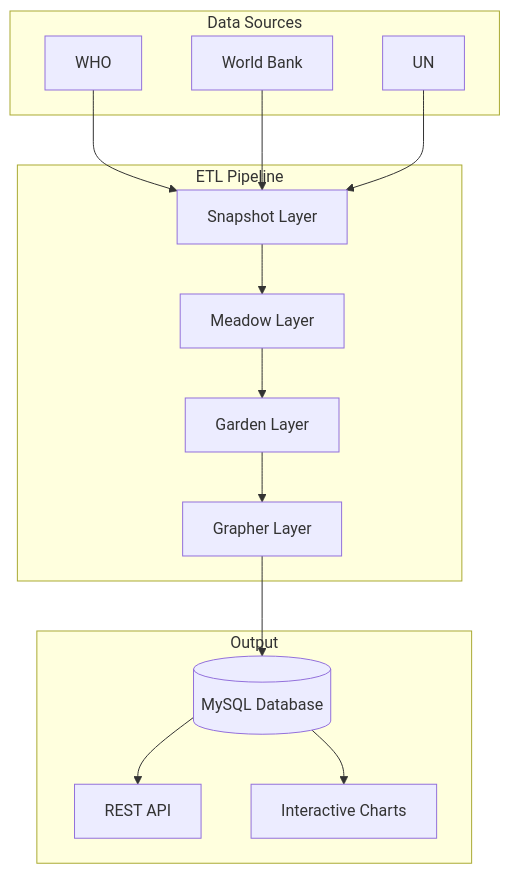
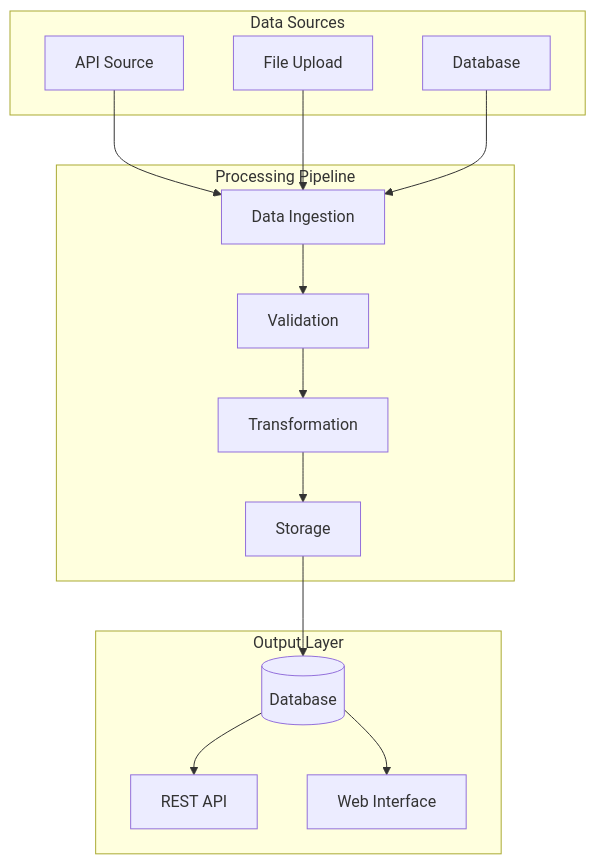
The third of 3 diagrams in docs/guides/demo.md (owid/etl), drawn with Mermaid before and after one commit. The commit also changed other lines of this file and 1 other file, not shown here.

````diff
--- a/docs/guides/demo.md
+++ b/docs/guides/demo.md
@@ -266,31 +275,31 @@
 ```mermaid
 graph TB
     subgraph "Data Sources"
-        S1[WHO]
-        S2[World Bank]
-        S3[UN]
+        S1[API Source]
+        S2[File Upload]
+        S3[Database]
     end
 
-    subgraph "ETL Pipeline"
-        Snap[Snapshot Layer]
-        Mead[Meadow Layer]
-        Gard[Garden Layer]
-        Graf[Grapher Layer]
+    subgraph "Processing Pipeline"
+        Ingest[Data Ingestion]
+        Valid[Validation]
+        Trans[Transformation]
+        Store[Storage]
     end
 
-    subgraph "Output"
-        DB[(MySQL Database)]
+    subgraph "Output Layer"
+        DB[(Database)]
         API[REST API]
-        Charts[Interactive Charts]
+        UI[Web Interface]
     end
 
-    S1 --> Snap
-    S2 --> Snap
-    S3 --> Snap
-    Snap --> Mead
-    Mead --> Gard
-    Gard --> Graf
-    Graf --> DB
+    S1 --> Ingest
+    S2 --> Ingest
+    S3 --> Ingest
+    Ingest --> Valid
+    Valid --> Trans
+    Trans --> Store
+    Store --> DB
     DB --> API
-    DB --> Charts
+    DB --> UI
 ```
````
